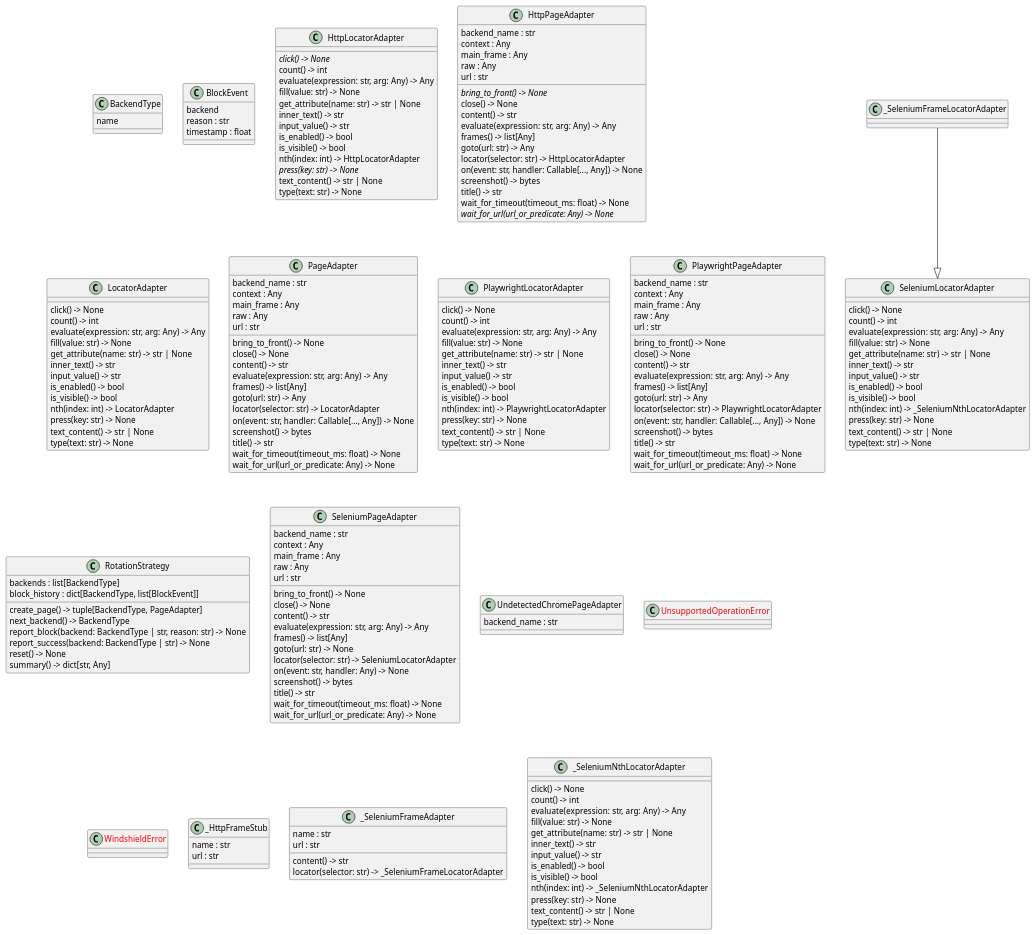
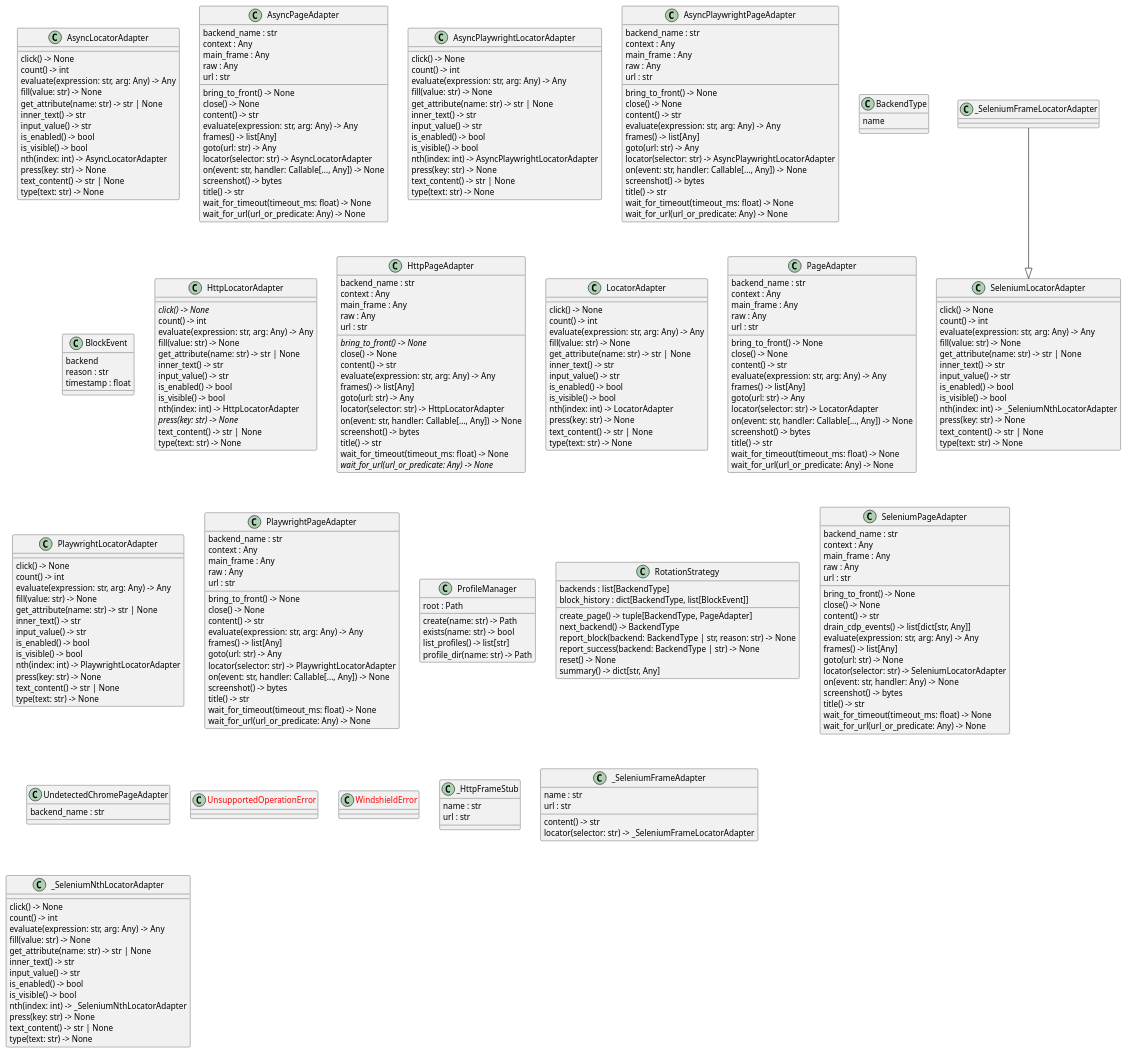
Before and after one commit to casonk/windshield: the diagram in docs/diagrams/python-classes.puml, drawn with PlantUML. The commit also changed 13 other files, not shown here.

Commit message:
docs: refresh architecture diagrams (#17)

```diff
--- a/docs/diagrams/python-classes.puml
+++ b/docs/diagrams/python-classes.puml
@@ -1,5 +1,73 @@
 @startuml classes_windshield
 set namespaceSeparator none
+class "AsyncLocatorAdapter" as src.windshield.adapters._protocol.AsyncLocatorAdapter {
+  click() -> None
+  count() -> int
+  evaluate(expression: str, arg: Any) -> Any
+  fill(value: str) -> None
+  get_attribute(name: str) -> str | None
+  inner_text() -> str
+  input_value() -> str
+  is_enabled() -> bool
+  is_visible() -> bool
+  nth(index: int) -> AsyncLocatorAdapter
+  press(key: str) -> None
+  text_content() -> str | None
+  type(text: str) -> None
+}
+class "AsyncPageAdapter" as src.windshield.adapters._protocol.AsyncPageAdapter {
+  backend_name : str
+  context : Any
+  main_frame : Any
+  raw : Any
+  url : str
+  bring_to_front() -> None
+  close() -> None
+  content() -> str
+  evaluate(expression: str, arg: Any) -> Any
+  frames() -> list[Any]
+  goto(url: str) -> Any
+  locator(selector: str) -> AsyncLocatorAdapter
+  on(event: str, handler: Callable[..., Any]) -> None
+  screenshot() -> bytes
+  title() -> str
+  wait_for_timeout(timeout_ms: float) -> None
+  wait_for_url(url_or_predicate: Any) -> None
+}
+class "AsyncPlaywrightLocatorAdapter" as src.windshield.adapters._playwright.AsyncPlaywrightLocatorAdapter {
+  click() -> None
+  count() -> int
+  evaluate(expression: str, arg: Any) -> Any
+  fill(value: str) -> None
+  get_attribute(name: str) -> str | None
+  inner_text() -> str
+  input_value() -> str
+  is_enabled() -> bool
+  is_visible() -> bool
+  nth(index: int) -> AsyncPlaywrightLocatorAdapter
+  press(key: str) -> None
+  text_content() -> str | None
+  type(text: str) -> None
+}
+class "AsyncPlaywrightPageAdapter" as src.windshield.adapters._playwright.AsyncPlaywrightPageAdapter {
+  backend_name : str
+  context : Any
+  main_frame : Any
+  raw : Any
+  url : str
+  bring_to_front() -> None
+  close() -> None
+  content() -> str
+  evaluate(expression: str, arg: Any) -> Any
+  frames() -> list[Any]
+  goto(url: str) -> Any
+  locator(selector: str) -> AsyncPlaywrightLocatorAdapter
+  on(event: str, handler: Callable[..., Any]) -> None
+  screenshot() -> bytes
+  title() -> str
+  wait_for_timeout(timeout_ms: float) -> None
+  wait_for_url(url_or_predicate: Any) -> None
+}
 class "BackendType" as src.windshield.adapters._protocol.BackendType {
   name
 }
@@ -110,6 +178,13 @@
   wait_for_timeout(timeout_ms: float) -> None
   wait_for_url(url_or_predicate: Any) -> None
 }
+class "ProfileManager" as src.windshield.profiles.ProfileManager {
+  root : Path
+  create(name: str) -> Path
+  exists(name: str) -> bool
+  list_profiles() -> list[str]
+  profile_dir(name: str) -> Path
+}
 class "RotationStrategy" as src.windshield.rotation.RotationStrategy {
   backends : list[BackendType]
   block_history : dict[BackendType, list[BlockEvent]]
@@ -144,6 +219,7 @@
   bring_to_front() -> None
   close() -> None
   content() -> str
+  drain_cdp_events() -> list[dict[str, Any]]
   evaluate(expression: str, arg: Any) -> Any
   frames() -> list[Any]
   goto(url: str) -> None
```
